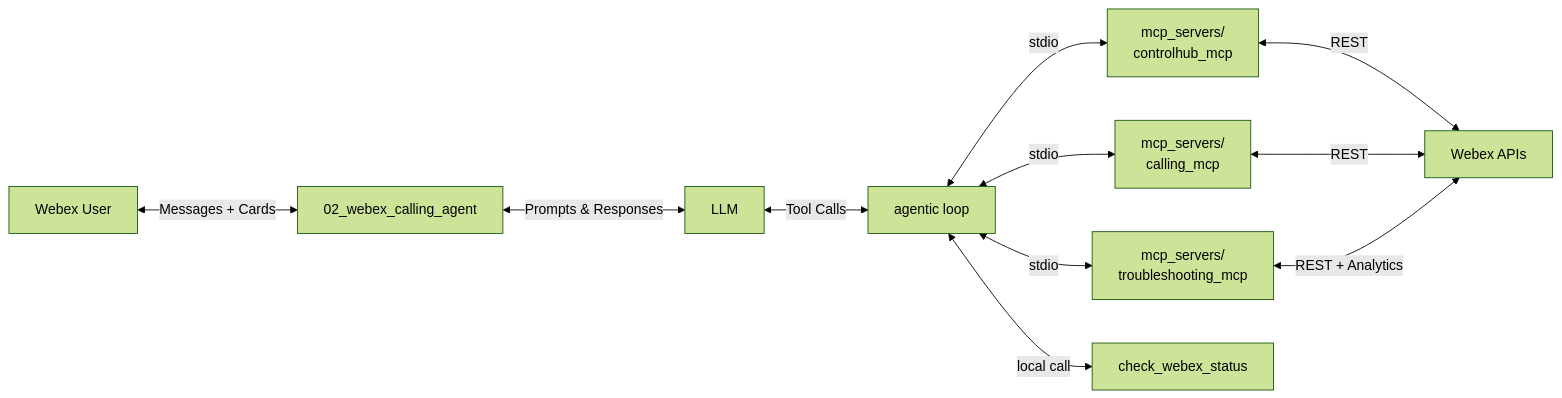
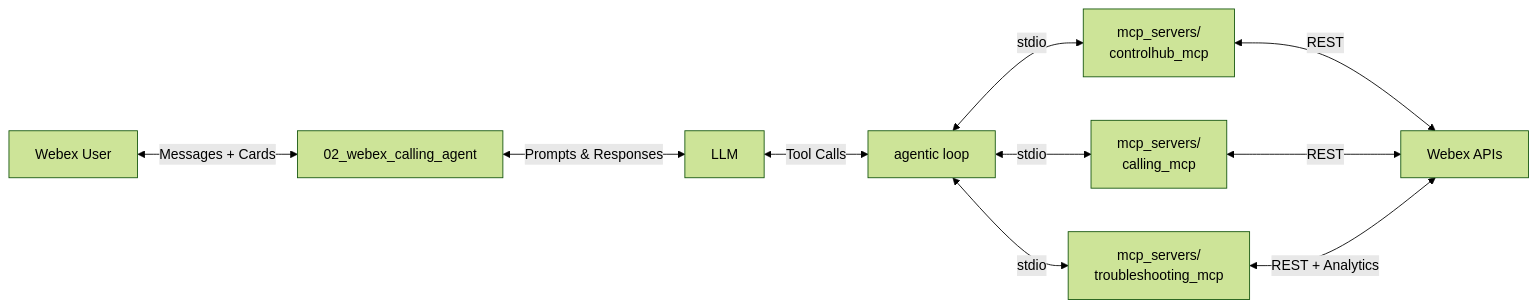
Before and after one commit to WebexCC-SA/LAB-31123: the fourth of 5 diagrams in docs/lab8_use-cases.md, drawn with Mermaid (forest theme). The commit also changed other lines of this file, not shown here.

````diff
--- a/docs/lab8_use-cases.md
+++ b/docs/lab8_use-cases.md
@@ -775,13 +774,12 @@
 ```mermaid
 flowchart LR
     User[Webex User] <-->|Messages + Cards| Bot[02_webex_calling_agent]
     Bot <-->|Prompts & Responses| LLM[LLM]
     LLM <-->|Tool Calls| Loop[agentic loop]
     Loop <-->|stdio| CH["mcp_servers/<br/>controlhub_mcp"]
     Loop <-->|stdio| CA["mcp_servers/<br/>calling_mcp"]
     Loop <-->|stdio| TR["mcp_servers/<br/>troubleshooting_mcp"]
-    Loop <-->|local call| Status[check_webex_status]
     CH <-->|REST| API[Webex APIs]
     CA <-->|REST| API
     TR <-->|REST + Analytics| API
 ```
````
